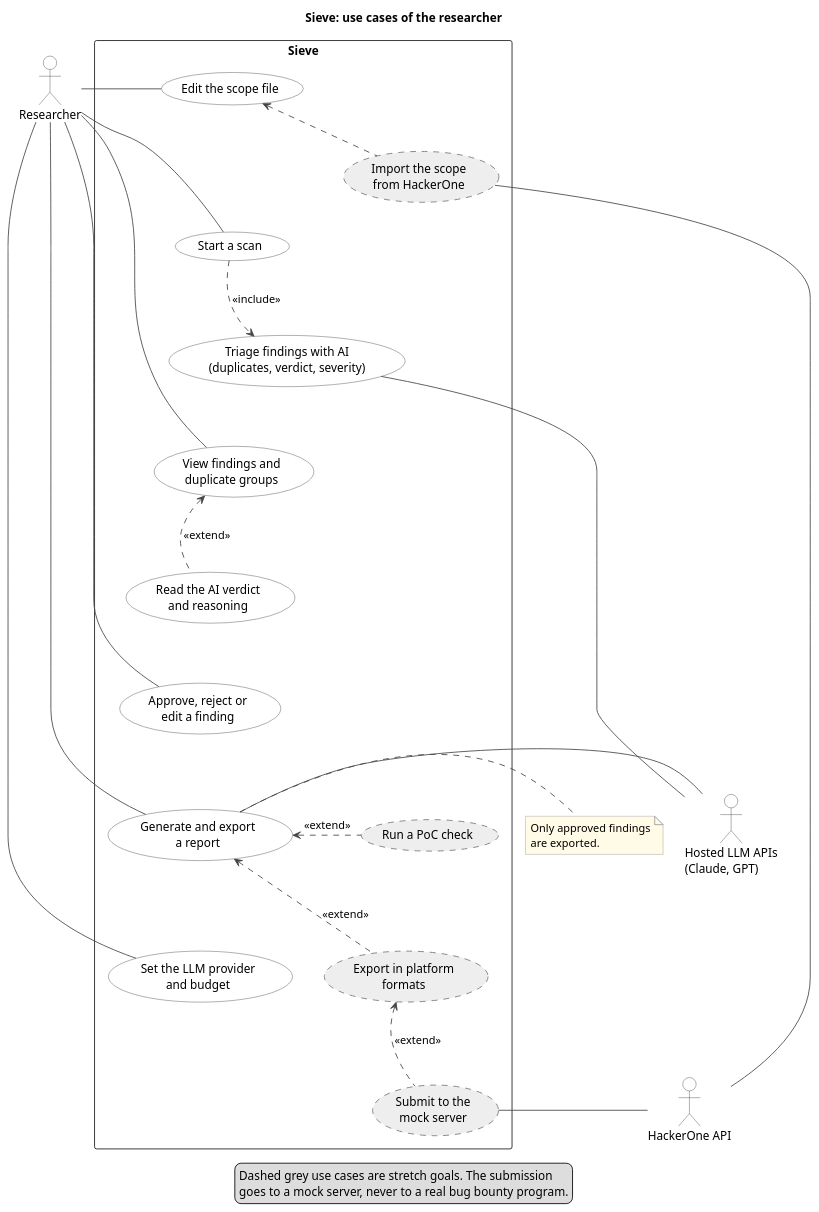
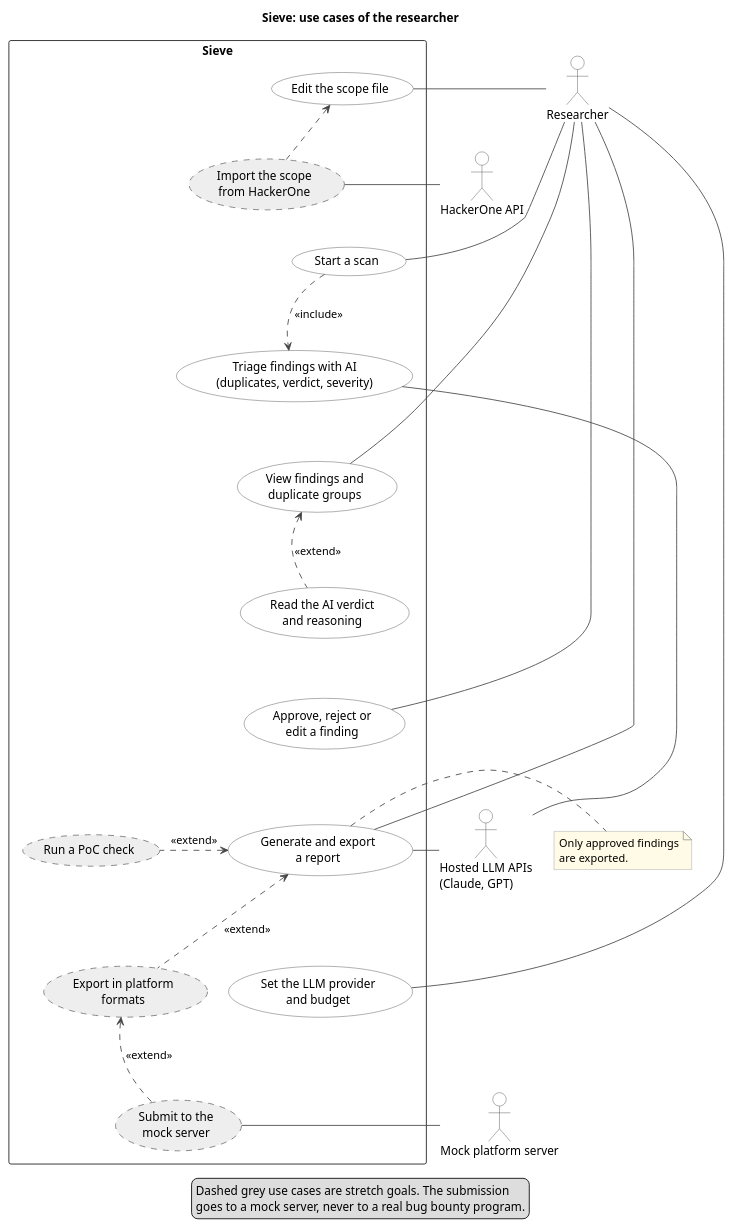
One commit to sieve-ku-comp491/sieve changed the diagram in docs/use-cases.puml. Above: the diagram before and after it, drawn with PlantUML. The commit also changed 1 other file, not shown here.

Commit message:
docs: give the mock server its own actor
Refs #4

```diff
--- a/docs/use-cases.puml
+++ b/docs/use-cases.puml
@@ -1,84 +1,86 @@
 @startuml use-cases
 title Sieve: use cases of the researcher
 
 skinparam shadowing false
 skinparam packageStyle rectangle
 skinparam defaultFontName Helvetica
 skinparam nodesep 25
 skinparam ranksep 70
 skinparam ArrowColor #444444
 skinparam actor {
   BorderColor #444444
   BackgroundColor White
 }
 skinparam usecase {
   BorderColor #444444
   BackgroundColor White
 }
 skinparam note {
   BorderColor #999999
   BackgroundColor #FFFBE6
 }
 
 actor "Researcher" as R
-actor "Hosted LLM APIs\n(Claude, GPT)" as LLM
-actor "HackerOne API" as H1
 
 rectangle "Sieve" {
 
   usecase "Edit the scope file" as UC1
   usecase "Start a scan" as UC2
   usecase "Triage findings with AI\n(duplicates, verdict, severity)" as UC3
   usecase "View findings and\nduplicate groups" as UC4
   usecase "Read the AI verdict\nand reasoning" as UC5
   usecase "Approve, reject or\nedit a finding" as UC6
   usecase "Generate and export\na report" as UC7
   usecase "Set the LLM provider\nand budget" as UC8
 
   usecase "Import the scope\nfrom HackerOne" as S1 #EEEEEE;line:777777;line.dashed
   usecase "Run a PoC check" as S2 #EEEEEE;line:777777;line.dashed
   usecase "Export in platform\nformats" as S3 #EEEEEE;line:777777;line.dashed
   usecase "Submit to the\nmock server" as S4 #EEEEEE;line:777777;line.dashed
 }
 
+actor "Hosted LLM APIs\n(Claude, GPT)" as LLM
+actor "HackerOne API" as H1
+actor "Mock platform server" as MOCK
+
 R -right- UC1
 R -right- UC2
 R -right- UC4
 R -right- UC6
 R -right- UC7
 R -right- UC8
 
 UC2 ..> UC3 : <<include>>
 UC5 .up.> UC4 : <<extend>>
 S1 .left.> UC1 : <<extend>>
 S2 .left.> UC7 : <<extend>>
 S3 .left.> UC7 : <<extend>>
 S4 .up.> S3 : <<extend>>
 
 UC3 -right- LLM
 UC7 -right- LLM
 S1 -right- H1
-S4 -right- H1
+S4 -right- MOCK
 
 UC1 -[hidden]down- UC2
 UC2 -[hidden]down- UC3
 UC3 -[hidden]down- UC4
 UC4 -[hidden]down- UC5
 UC5 -[hidden]down- UC6
 UC6 -[hidden]down- UC7
 UC7 -[hidden]down- UC8
 S1 -[hidden]down- S2
 S2 -[hidden]down- S3
 S3 -[hidden]down- S4
 
 note right of UC7
   Only approved findings
   are exported.
 end note
 
 legend bottom
   Dashed grey use cases are stretch goals. The submission
   goes to a mock server, never to a real bug bounty program.
 endlegend
 
 @enduml
```
